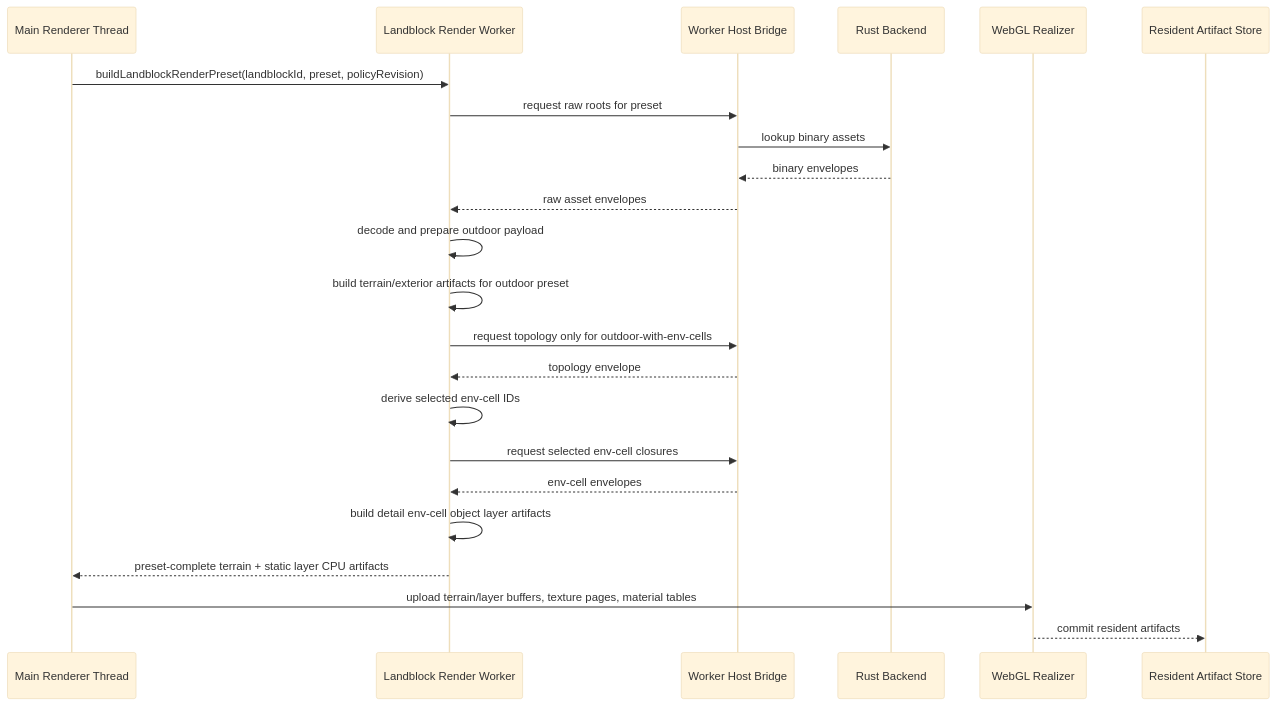
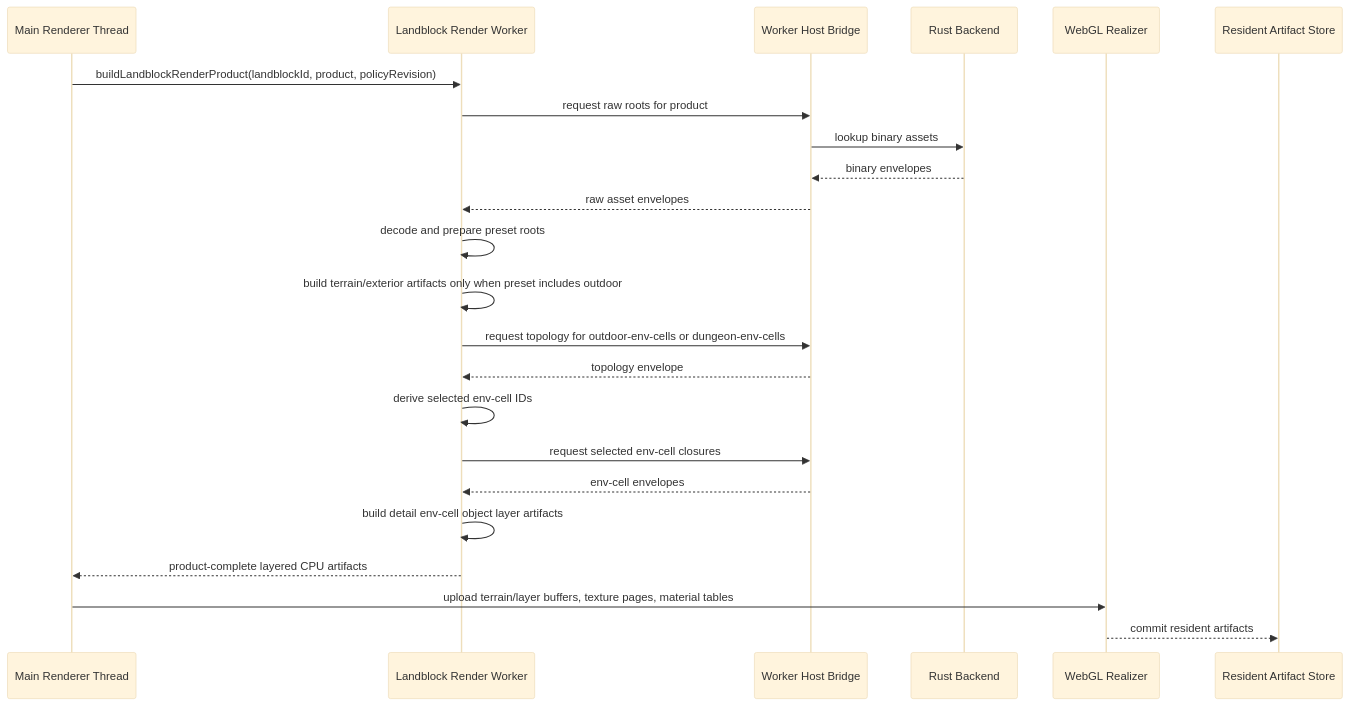
Before and after one commit to merklejerk/holtburger: the eighth of 10 diagrams in docs/plans/holtburger-3d-static-landblock-render-bundle-replacement-plan.md, drawn with Mermaid (base theme). The commit also changed other lines of this file and 3 other files, not shown here.

````diff
--- a/docs/plans/holtburger-3d-static-landblock-render-bundle-replacement-plan.md
+++ b/docs/plans/holtburger-3d-static-landblock-render-bundle-replacement-plan.md
@@ -852,26 +919,26 @@
 ```mermaid
 sequenceDiagram
     participant Main as Main Renderer Thread
     participant Worker as Landblock Render Worker
     participant Bridge as Worker Host Bridge
     participant Rust as Rust Backend
     participant GL as WebGL Realizer
     participant Store as Resident Artifact Store
 
-    Main->>Worker: buildLandblockRenderPreset(landblockId, preset, policyRevision)
-    Worker->>Bridge: request raw roots for preset
+    Main->>Worker: buildLandblockRenderProduct(landblockId, product, policyRevision)
+    Worker->>Bridge: request raw roots for product
     Bridge->>Rust: lookup binary assets
     Rust-->>Bridge: binary envelopes
     Bridge-->>Worker: raw asset envelopes
-    Worker->>Worker: decode and prepare outdoor payload
-    Worker->>Worker: build terrain/exterior artifacts for outdoor preset
-    Worker->>Bridge: request topology only for outdoor-with-env-cells
+    Worker->>Worker: decode and prepare preset roots
+    Worker->>Worker: build terrain/exterior artifacts only when preset includes outdoor
+    Worker->>Bridge: request topology for outdoor-env-cells or dungeon-env-cells
     Bridge-->>Worker: topology envelope
     Worker->>Worker: derive selected env-cell IDs
     Worker->>Bridge: request selected env-cell closures
     Bridge-->>Worker: env-cell envelopes
     Worker->>Worker: build detail env-cell object layer artifacts
-    Worker-->>Main: preset-complete terrain + static layer CPU artifacts
+    Worker-->>Main: product-complete layered CPU artifacts
     Main->>GL: upload terrain/layer buffers, texture pages, material tables
     GL-->>Store: commit resident artifacts
 ```
````
